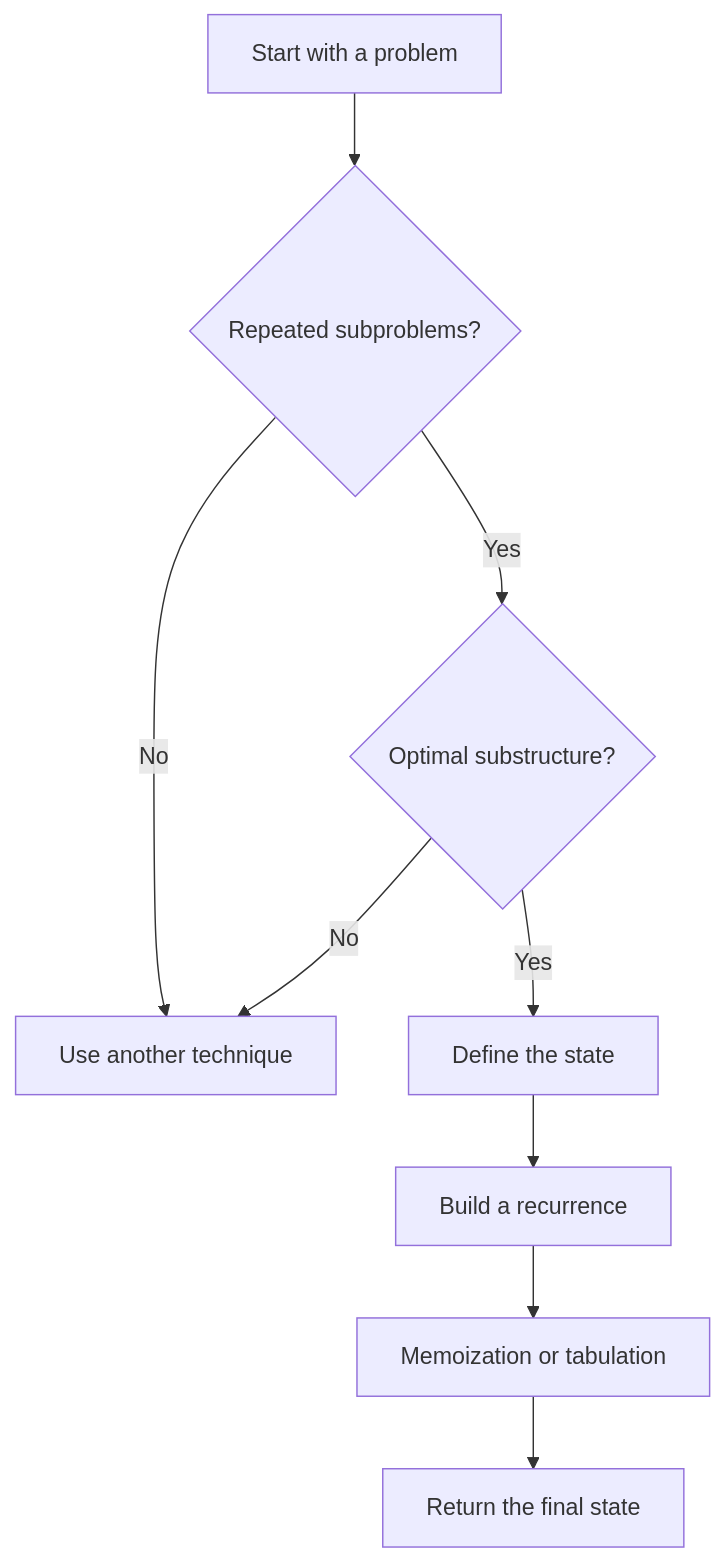
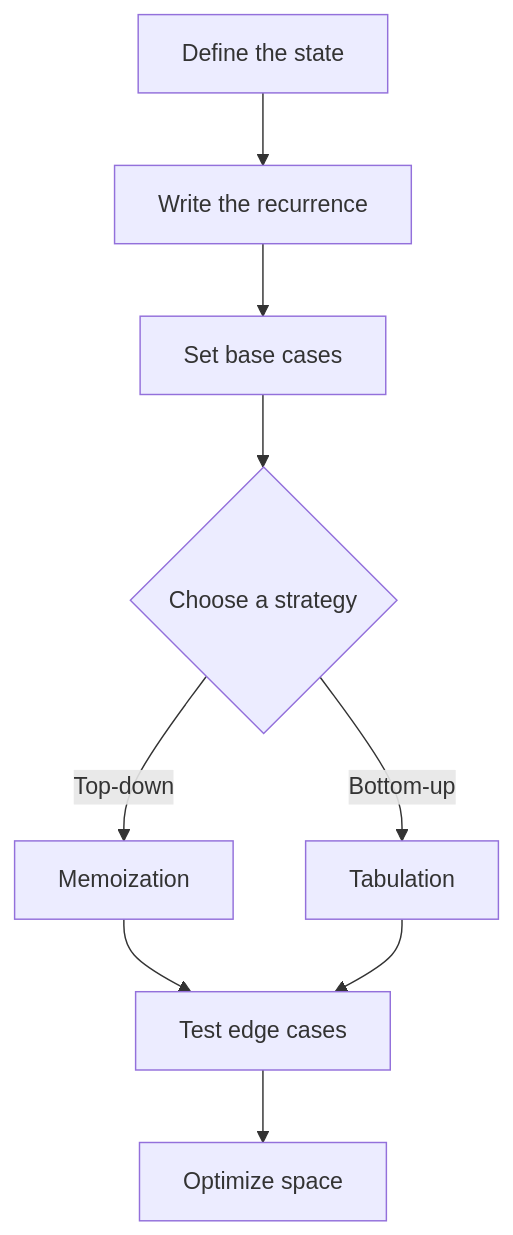
The diagram in README.md (zaidmoen/Dynamic-Programming), drawn with Mermaid before and after one commit. The commit also changed other lines of this file, not shown here.

Commit message:
docs: expand README with DP catalog and learning roadmap

````diff
--- a/README.md
+++ b/README.md
@@ -31,11 +37,11 @@
 ```mermaid
 flowchart TD
-    A[Start with a problem] --> B{Repeated subproblems?}
-    B -- No --> C[Use another technique]
-    B -- Yes --> D{Optimal substructure?}
-    D -- No --> C
-    D -- Yes --> E[Define the state]
-    E --> F[Build a recurrence]
-    F --> G[Memoization or tabulation]
-    G --> H[Return the final state]
+    A[Define the state] --> B[Write the recurrence]
+    B --> C[Set base cases]
+    C --> D{Choose a strategy}
+    D -->|Top-down| E[Memoization]
+    D -->|Bottom-up| F[Tabulation]
+    E --> G[Test edge cases]
+    F --> G
+    G --> H[Optimize space]
 ```
````
